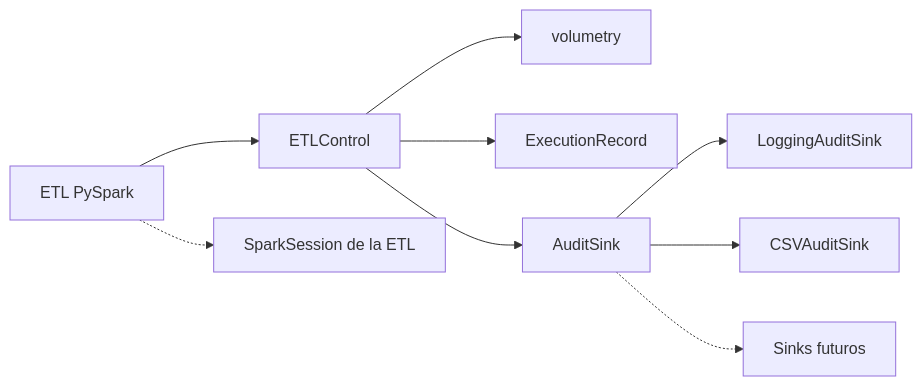
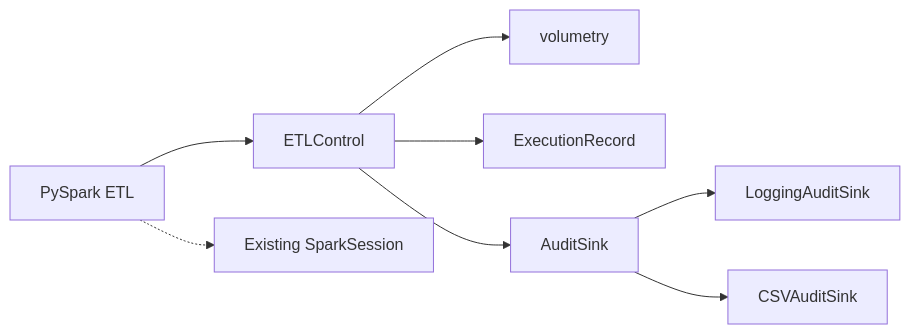
One commit to AbelPerezCollado/etl-quality-gate changed the diagram in README.md. Above: the diagram before and after it, drawn with Mermaid. The commit also changed other lines of this file and 5 other files, not shown here.

````diff
--- a/README.md
+++ b/README.md
@@ -80,11 +88,10 @@
 ```mermaid
 flowchart LR
-  ETL[ETL PySpark] --> API[ETLControl]
+  ETL[PySpark ETL] --> API[ETLControl]
   API --> Vol[volumetry]
   API --> Rec[ExecutionRecord]
   API --> Sink[AuditSink]
   Sink --> Logs[LoggingAuditSink]
   Sink --> CSV[CSVAuditSink]
-  Sink -.-> Future[Sinks futuros]
-  ETL -.-> Spark[SparkSession de la ETL]
+  ETL -.-> Spark[Existing SparkSession]
 ```
````
